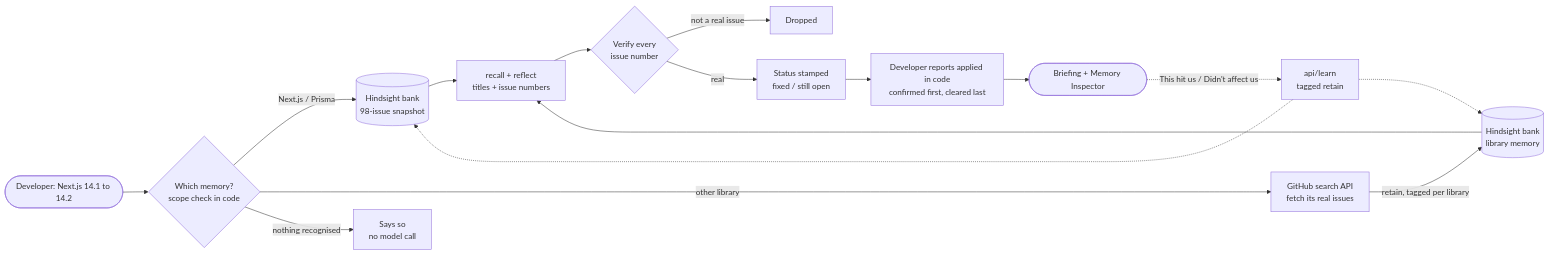
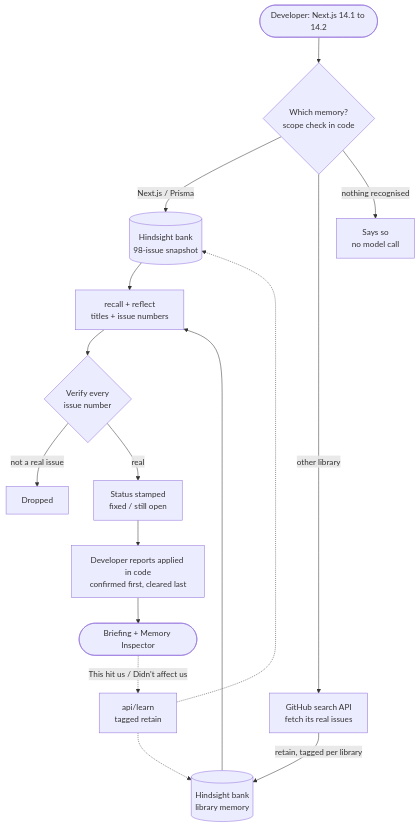
The diagram in README.md (ekupekuAI/regression-radar), drawn with Mermaid before and after one commit.

Commit message:
README: lay the architecture diagram out top-down so it stays readable

````diff
--- a/README.md
+++ b/README.md
@@ -96,18 +96,18 @@
 ```mermaid
-flowchart LR
+flowchart TD
     U(["Developer: Next.js 14.1 to 14.2"]) --> S{"Which memory?<br/>scope check in code"}
     S -- "Next.js / Prisma" --> SNAP[("Hindsight bank<br/>98-issue snapshot")]
     S -- "other library" --> GH["GitHub search API<br/>fetch its real issues"]
     GH -- "retain, tagged per library" --> LIB[("Hindsight bank<br/>library memory")]
     S -- "nothing recognised" --> NONE["Says so<br/>no model call"]
     SNAP --> R["recall + reflect<br/>titles + issue numbers"]
     LIB --> R
     R --> V{"Verify every<br/>issue number"}
     V -- "not a real issue" --> X["Dropped"]
     V -- "real" --> ST["Status stamped<br/>fixed / still open"]
     ST --> FB["Developer reports applied in code<br/>confirmed first, cleared last"]
     FB --> OUT(["Briefing + Memory Inspector"])
     OUT -. "This hit us / Didn't affect us" .-> L["api/learn<br/>tagged retain"]
     L -.-> SNAP
     L -.-> LIB
 ```
````
